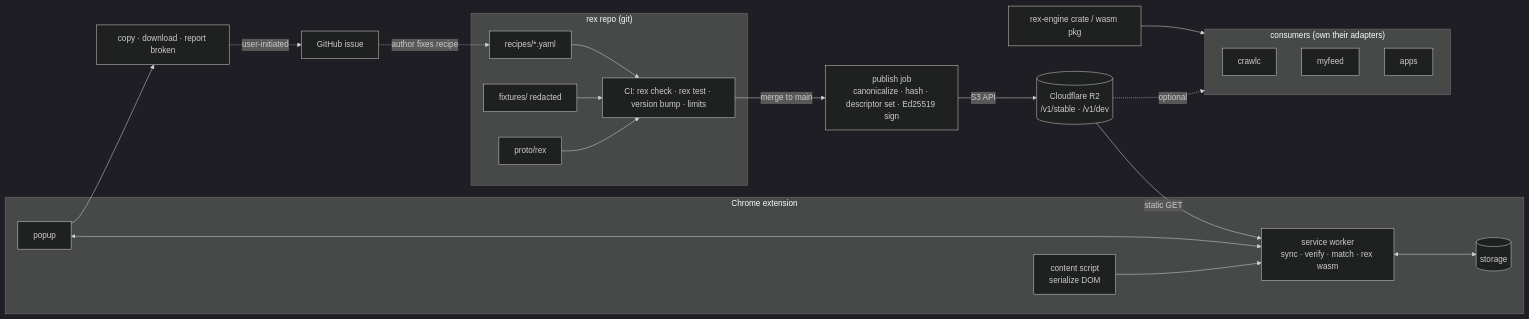
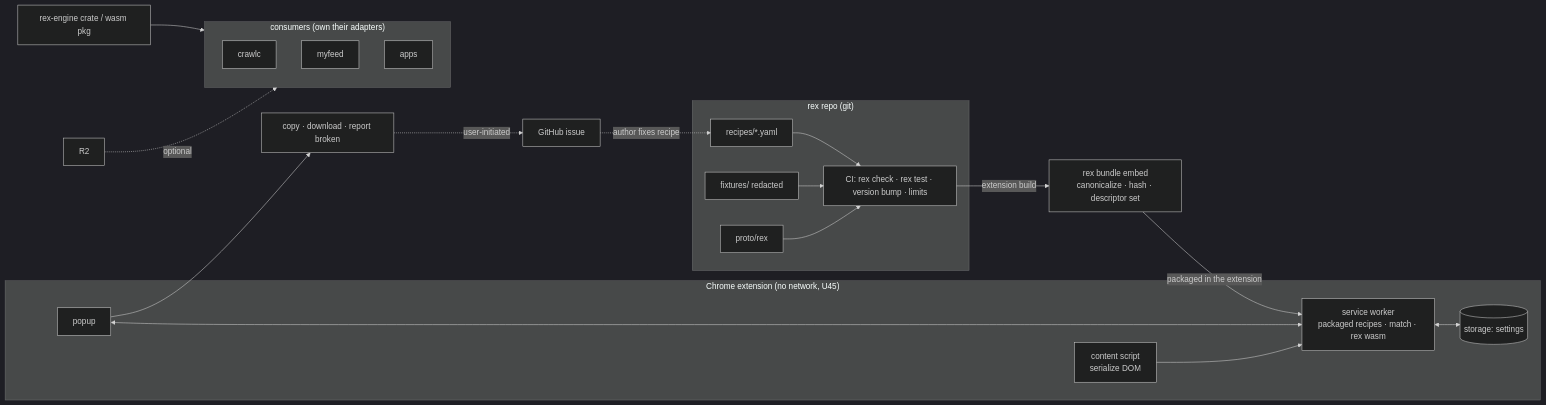
One commit to Shuozeli/rex changed the first of 2 diagrams in docs/design.md. Above: the diagram before and after it, drawn with Mermaid (dark theme). The commit also changed other lines of this file and 86 other files, not shown here.

````diff
--- a/docs/design.md
+++ b/docs/design.md
@@ -31,25 +31,24 @@
 ```mermaid
 flowchart LR
   subgraph repo["rex repo (git)"]
     REC[recipes/*.yaml] --> CI
     FIX[fixtures/ redacted] --> CI
     PROTO[proto/rex] --> CI
     CI[CI: rex check · rex test · version bump · limits]
   end
-  CI -- merge to main --> PUB[publish job<br/>canonicalize · hash · descriptor set · Ed25519 sign]
-  PUB -- S3 API --> R2[(Cloudflare R2<br/>/v1/stable · /v1/dev)]
-  R2 -- static GET --> SW
-  subgraph EXT["Chrome extension"]
-    SW[service worker<br/>sync · verify · match · rex wasm] <--> ST[(storage)]
+  CI -- extension build --> EMB[rex bundle embed<br/>canonicalize · hash · descriptor set]
+  EMB -- packaged in the extension --> SW
+  subgraph EXT["Chrome extension (no network, U45)"]
+    SW[service worker<br/>packaged recipes · match · rex wasm] <--> ST[(storage: settings)]
     POP[popup] <--> SW
     CS[content script<br/>serialize DOM] --> SW
   end
   POP --> OUT[copy · download · report broken]
   OUT -. user-initiated .-> GH[GitHub issue]
   GH -. author fixes recipe .-> REC
   subgraph consumers["consumers (own their adapters)"]
     C1[crawlc] & C2[myfeed] & C3[apps]
   end
   ENG[rex-engine crate / wasm pkg] --> consumers
   R2 -. optional .-> consumers
 ```
````
